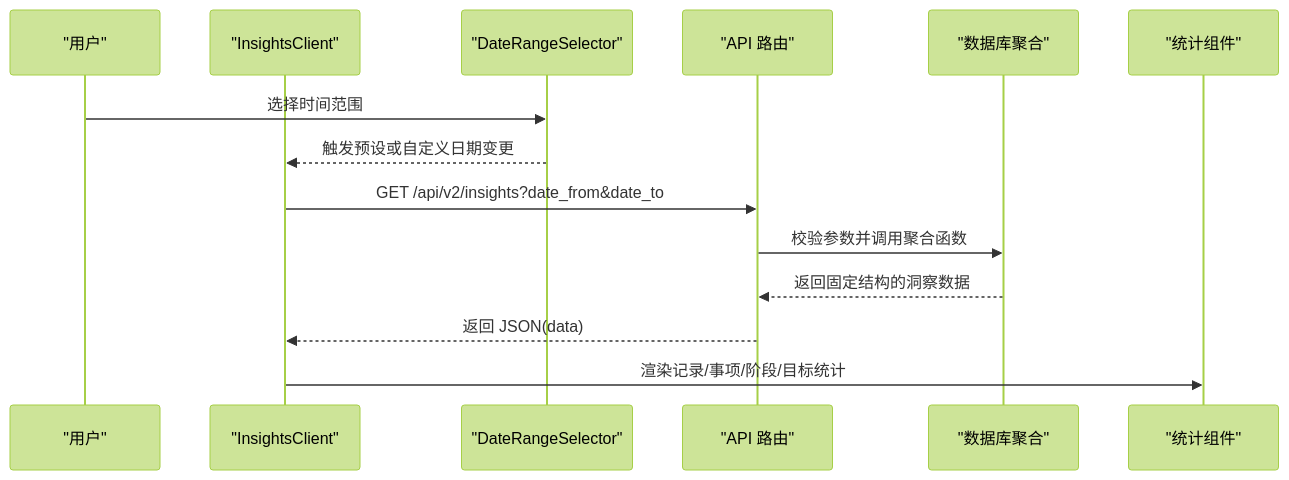
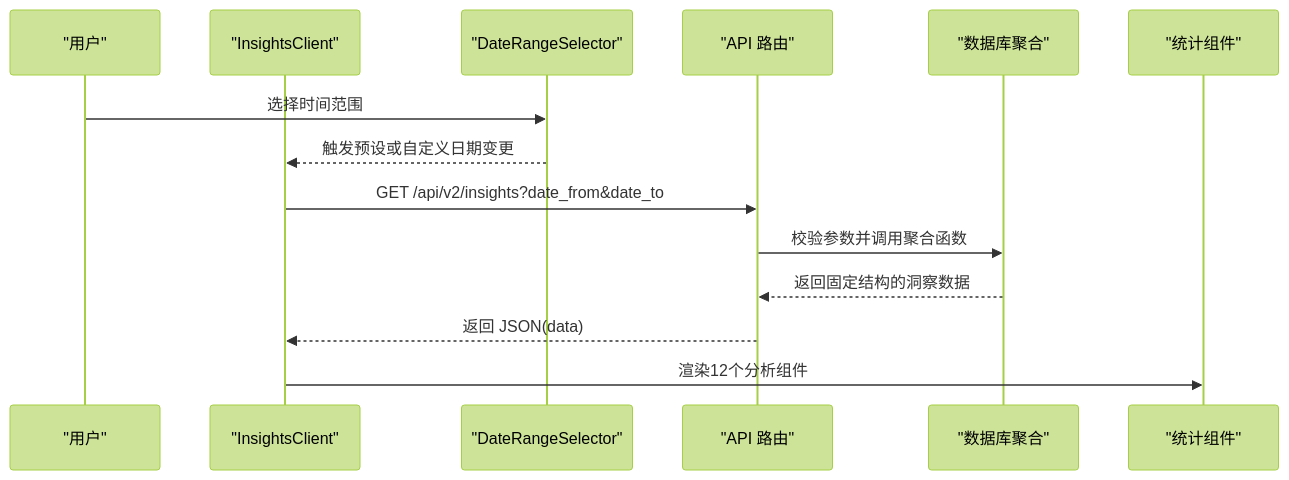
Before and after one commit to bbong1234/TETO: the second of 14 diagrams in .qoder/repowiki/zh/content/核心功能模块/洞察分析系统/洞察分析系统.md, drawn with Mermaid (forest theme). The commit also changed other lines of this file and 10 other files, not shown here.

````diff
--- a/.qoder/repowiki/zh/content/核心功能模块/洞察分析系统/洞察分析系统.md
+++ b/.qoder/repowiki/zh/content/核心功能模块/洞察分析系统/洞察分析系统.md
@@ -106,16 +137,16 @@
 ```mermaid
 sequenceDiagram
 participant U as "用户"
 participant C as "InsightsClient"
 participant S as "DateRangeSelector"
 participant R as "API 路由"
 participant D as "数据库聚合"
 participant V as "统计组件"
 U->>S : 选择时间范围
 S-->>C : 触发预设或自定义日期变更
 C->>R : GET /api/v2/insights?date_from&date_to
 R->>D : 校验参数并调用聚合函数
 D-->>R : 返回固定结构的洞察数据
 R-->>C : 返回 JSON(data)
-C->>V : 渲染记录/事项/阶段/目标统计
+C->>V : 渲染12个分析组件
 ```
````
